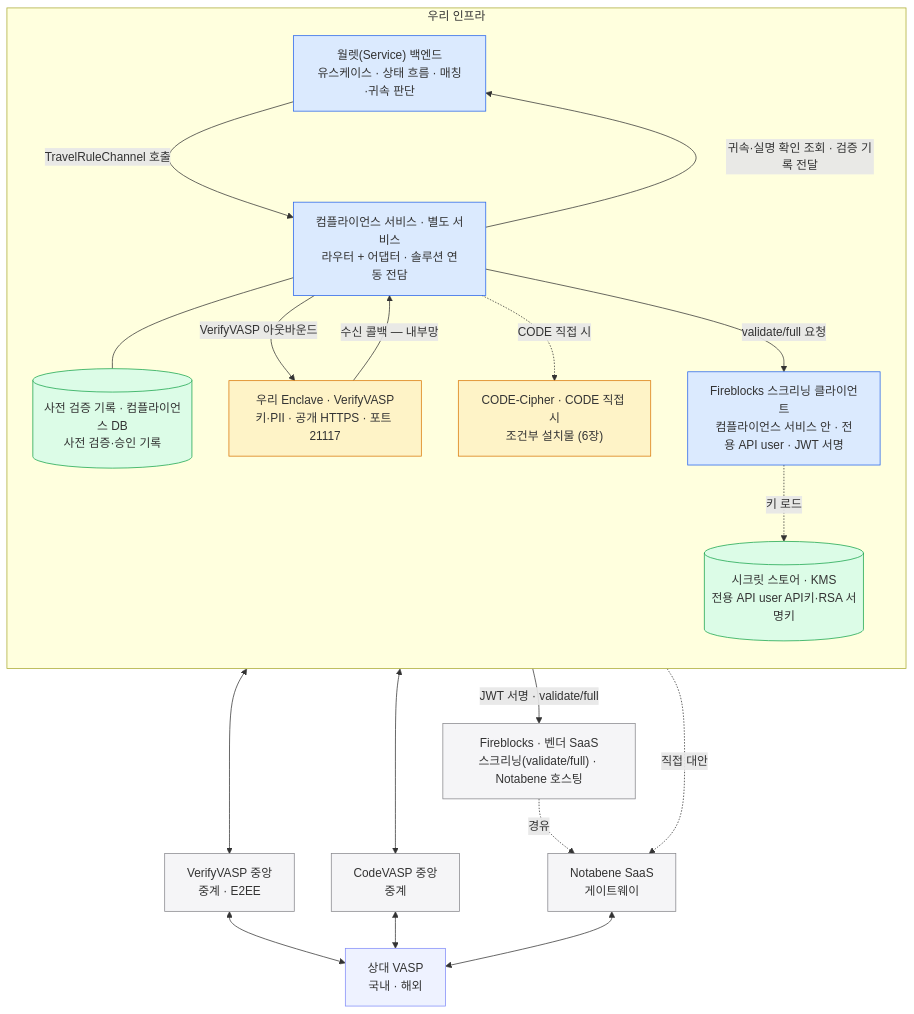
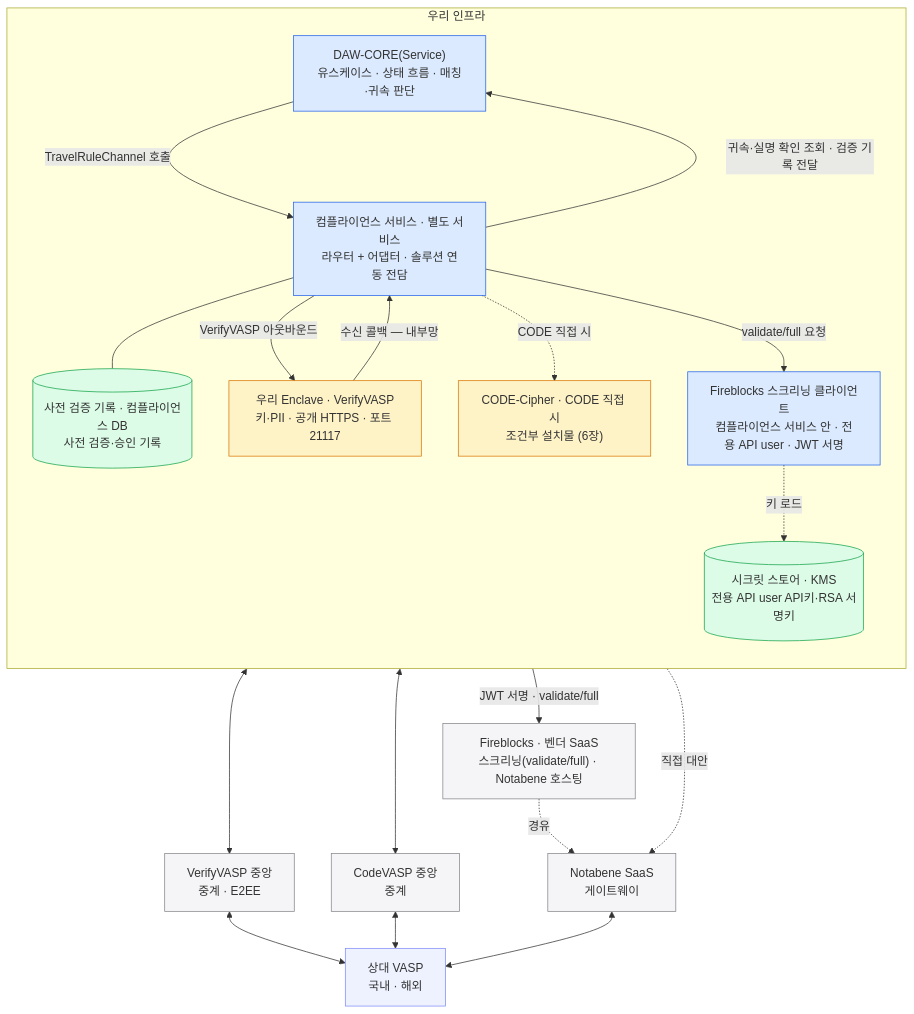
Before and after one commit to eunsujeo/eunpus: the diagram in blockchain-manager/docs/트래블룰/설계/12-physical-layout.md, drawn with Mermaid. The commit also changed other lines of this file and 25 other files, not shown here.

First line of the commit message:
컴플라이언스·온보딩 정리 — 코어 명칭 DAW-CORE 통일 + 출금 확인 비동기 통일 + 다이어그램 보강

````diff
--- a/blockchain-manager/docs/트래블룰/설계/12-physical-layout.md
+++ b/blockchain-manager/docs/트래블룰/설계/12-physical-layout.md
@@ -9,48 +9,48 @@
 ```mermaid
 flowchart TB
   subgraph OURS["우리 인프라"]
     direction TB
-    SVC["월렛(Service) 백엔드<br/>유스케이스 · 상태 흐름 · 매칭·귀속 판단"]
+    SVC["DAW-CORE(Service)<br/>유스케이스 · 상태 흐름 · 매칭·귀속 판단"]
     GATE["컴플라이언스 서비스 · 별도 서비스<br/>라우터 + 어댑터 · 솔루션 연동 전담"]
     WQ[("사전 검증 기록 · 컴플라이언스 DB<br/>사전 검증·승인 기록")]
     FBCLI["Fireblocks 스크리닝 클라이언트<br/>컴플라이언스 서비스 안 · 전용 API user · JWT 서명"]
     SEC[("시크릿 스토어 · KMS<br/>전용 API user API키·RSA 서명키")]
     EN["우리 Enclave · VerifyVASP<br/>키·PII · 공개 HTTPS · 포트 21117"]
     CC["CODE-Cipher · CODE 직접 시<br/>조건부 설치물 (6장)"]
   end
 
   HUB["VerifyVASP 중앙<br/>중계 · E2EE"]
   CV["CodeVASP 중앙<br/>중계"]
   NB["Notabene SaaS<br/>게이트웨이"]
   FB["Fireblocks · 벤더 SaaS<br/>스크리닝(validate/full) · Notabene 호스팅"]
   RVP["상대 VASP<br/>국내 · 해외"]
 
   SVC -->|TravelRuleChannel 호출| GATE
   GATE -->|귀속·실명 확인 조회 · 검증 기록 전달| SVC
   GATE --- WQ
   GATE -->|VerifyVASP 아웃바운드| EN
   GATE -.->|CODE 직접 시| CC
   GATE -->|validate/full 요청| FBCLI
   FBCLI -->|JWT 서명 · validate/full| FB
   FBCLI -.->|키 로드| SEC
   GATE -.->|직접 대안| NB
   EN -->|수신 콜백 — 내부망| GATE
 
   EN <--> HUB
   CC <--> CV
   FB -.->|경유| NB
   HUB <--> RVP
   CV <--> RVP
   NB <--> RVP
 
   classDef ours fill:#dbeafe,stroke:#2563eb;
   classDef store fill:#dcfce7,stroke:#16a34a;
   classDef selfhost fill:#fef3c7,stroke:#d97706;
   classDef vendor fill:#f5f5f7,stroke:#86868b;
   classDef chain fill:#eef2ff,stroke:#818cf8;
   class SVC,GATE,FBCLI ours
   class WQ,SEC,AR store
   class EN,CC selfhost
   class HUB,CV,NB,FB vendor
   class RVP chain
 ```
````
